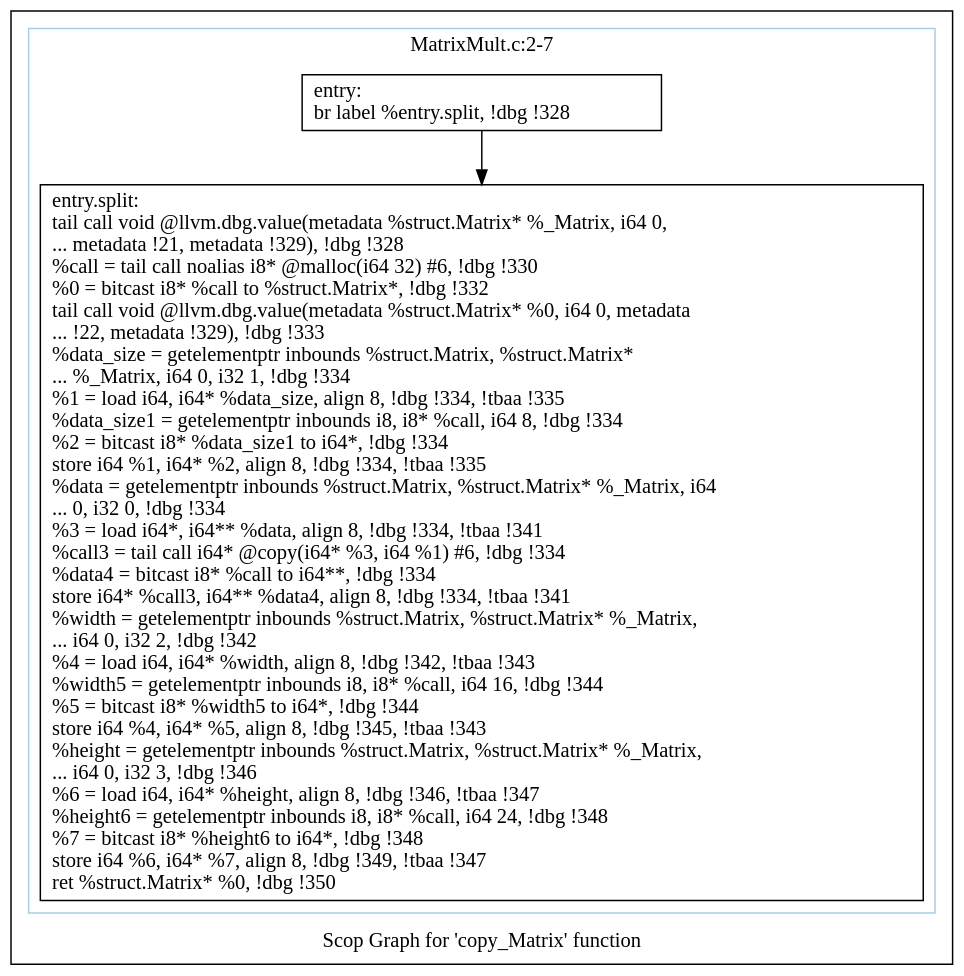
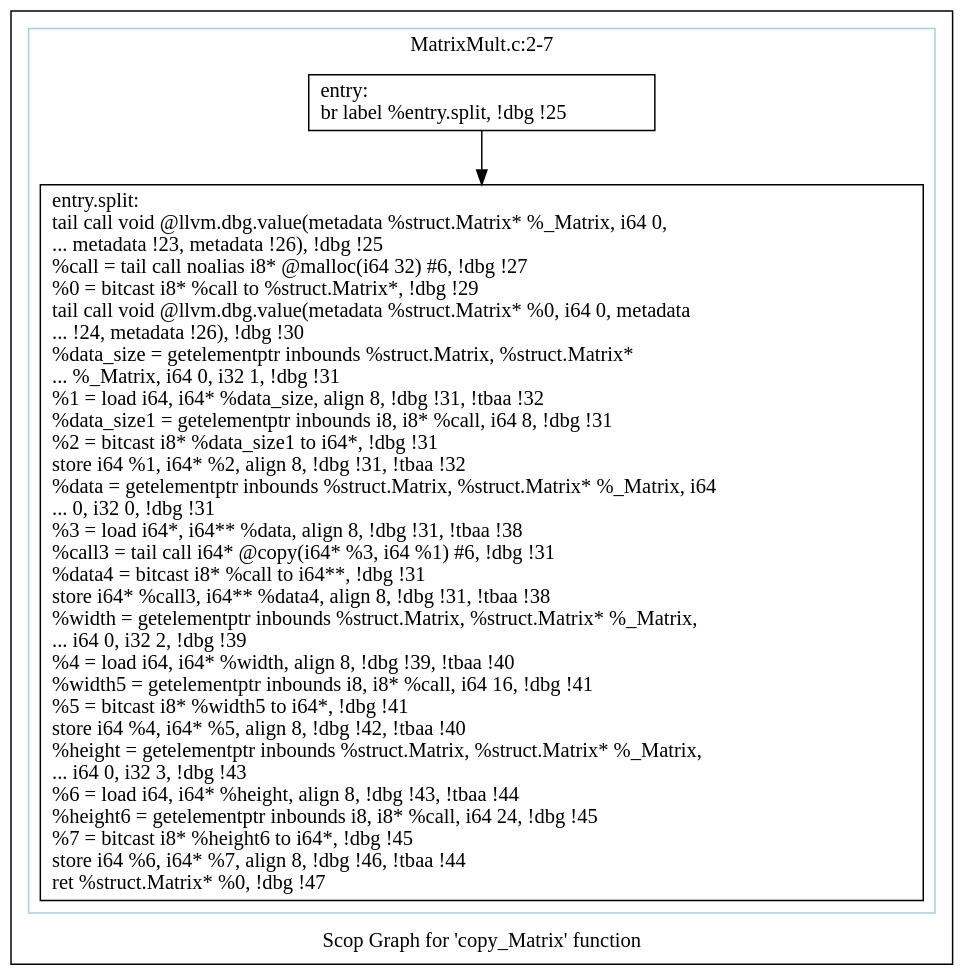
One commit to samminweng/WhileyOpenCL changed the diagram in polly/MatrixMult/impl/autogenerate1/dot/scops.copy_Matrix.dot. Above: the diagram before and after it, drawn with Graphviz. The commit also changed 43 other files, not shown here.

```diff
--- a/polly/MatrixMult/impl/autogenerate1/dot/scops.copy_Matrix.dot
+++ b/polly/MatrixMult/impl/autogenerate1/dot/scops.copy_Matrix.dot
@@ -1,16 +1,16 @@
 digraph "Scop Graph for 'copy_Matrix' function" {
 	label="Scop Graph for 'copy_Matrix' function";
 
-	Node0xa1374a0 [shape=record,label="{entry:\l  br label %entry.split, !dbg !328\l}"];
-	Node0xa1374a0 -> Node0xa108780;
-	Node0xa108780 [shape=record,label="{entry.split:                                      \l  tail call void @llvm.dbg.value(metadata %struct.Matrix* %_Matrix, i64 0,\l... metadata !21, metadata !329), !dbg !328\l  %call = tail call noalias i8* @malloc(i64 32) #6, !dbg !330\l  %0 = bitcast i8* %call to %struct.Matrix*, !dbg !332\l  tail call void @llvm.dbg.value(metadata %struct.Matrix* %0, i64 0, metadata\l... !22, metadata !329), !dbg !333\l  %data_size = getelementptr inbounds %struct.Matrix, %struct.Matrix*\l... %_Matrix, i64 0, i32 1, !dbg !334\l  %1 = load i64, i64* %data_size, align 8, !dbg !334, !tbaa !335\l  %data_size1 = getelementptr inbounds i8, i8* %call, i64 8, !dbg !334\l  %2 = bitcast i8* %data_size1 to i64*, !dbg !334\l  store i64 %1, i64* %2, align 8, !dbg !334, !tbaa !335\l  %data = getelementptr inbounds %struct.Matrix, %struct.Matrix* %_Matrix, i64\l... 0, i32 0, !dbg !334\l  %3 = load i64*, i64** %data, align 8, !dbg !334, !tbaa !341\l  %call3 = tail call i64* @copy(i64* %3, i64 %1) #6, !dbg !334\l  %data4 = bitcast i8* %call to i64**, !dbg !334\l  store i64* %call3, i64** %data4, align 8, !dbg !334, !tbaa !341\l  %width = getelementptr inbounds %struct.Matrix, %struct.Matrix* %_Matrix,\l... i64 0, i32 2, !dbg !342\l  %4 = load i64, i64* %width, align 8, !dbg !342, !tbaa !343\l  %width5 = getelementptr inbounds i8, i8* %call, i64 16, !dbg !344\l  %5 = bitcast i8* %width5 to i64*, !dbg !344\l  store i64 %4, i64* %5, align 8, !dbg !345, !tbaa !343\l  %height = getelementptr inbounds %struct.Matrix, %struct.Matrix* %_Matrix,\l... i64 0, i32 3, !dbg !346\l  %6 = load i64, i64* %height, align 8, !dbg !346, !tbaa !347\l  %height6 = getelementptr inbounds i8, i8* %call, i64 24, !dbg !348\l  %7 = bitcast i8* %height6 to i64*, !dbg !348\l  store i64 %6, i64* %7, align 8, !dbg !349, !tbaa !347\l  ret %struct.Matrix* %0, !dbg !350\l}"];
+	Node0xb024400 [shape=record,label="{entry:\l  br label %entry.split, !dbg !25\l}"];
+	Node0xb024400 -> Node0xb01b730;
+	Node0xb01b730 [shape=record,label="{entry.split:                                      \l  tail call void @llvm.dbg.value(metadata %struct.Matrix* %_Matrix, i64 0,\l... metadata !23, metadata !26), !dbg !25\l  %call = tail call noalias i8* @malloc(i64 32) #6, !dbg !27\l  %0 = bitcast i8* %call to %struct.Matrix*, !dbg !29\l  tail call void @llvm.dbg.value(metadata %struct.Matrix* %0, i64 0, metadata\l... !24, metadata !26), !dbg !30\l  %data_size = getelementptr inbounds %struct.Matrix, %struct.Matrix*\l... %_Matrix, i64 0, i32 1, !dbg !31\l  %1 = load i64, i64* %data_size, align 8, !dbg !31, !tbaa !32\l  %data_size1 = getelementptr inbounds i8, i8* %call, i64 8, !dbg !31\l  %2 = bitcast i8* %data_size1 to i64*, !dbg !31\l  store i64 %1, i64* %2, align 8, !dbg !31, !tbaa !32\l  %data = getelementptr inbounds %struct.Matrix, %struct.Matrix* %_Matrix, i64\l... 0, i32 0, !dbg !31\l  %3 = load i64*, i64** %data, align 8, !dbg !31, !tbaa !38\l  %call3 = tail call i64* @copy(i64* %3, i64 %1) #6, !dbg !31\l  %data4 = bitcast i8* %call to i64**, !dbg !31\l  store i64* %call3, i64** %data4, align 8, !dbg !31, !tbaa !38\l  %width = getelementptr inbounds %struct.Matrix, %struct.Matrix* %_Matrix,\l... i64 0, i32 2, !dbg !39\l  %4 = load i64, i64* %width, align 8, !dbg !39, !tbaa !40\l  %width5 = getelementptr inbounds i8, i8* %call, i64 16, !dbg !41\l  %5 = bitcast i8* %width5 to i64*, !dbg !41\l  store i64 %4, i64* %5, align 8, !dbg !42, !tbaa !40\l  %height = getelementptr inbounds %struct.Matrix, %struct.Matrix* %_Matrix,\l... i64 0, i32 3, !dbg !43\l  %6 = load i64, i64* %height, align 8, !dbg !43, !tbaa !44\l  %height6 = getelementptr inbounds i8, i8* %call, i64 24, !dbg !45\l  %7 = bitcast i8* %height6 to i64*, !dbg !45\l  store i64 %6, i64* %7, align 8, !dbg !46, !tbaa !44\l  ret %struct.Matrix* %0, !dbg !47\l}"];
 	colorscheme = "paired12"
-        subgraph cluster_0xa130460 {
+        subgraph cluster_0xb0b0800 {
           label = "MatrixMult.c:2-7
 ";
           style = solid;
           color = 1
-          Node0xa1374a0;
-          Node0xa108780;
+          Node0xb024400;
+          Node0xb01b730;
         }
 }
```
